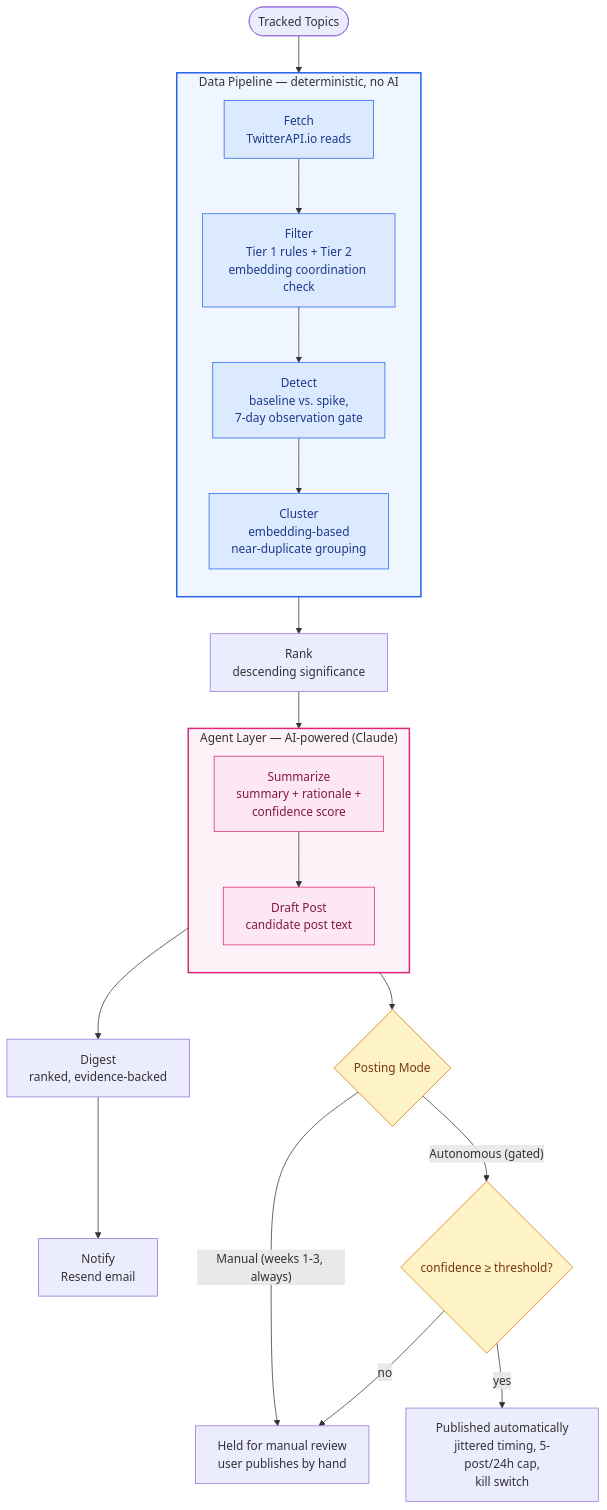
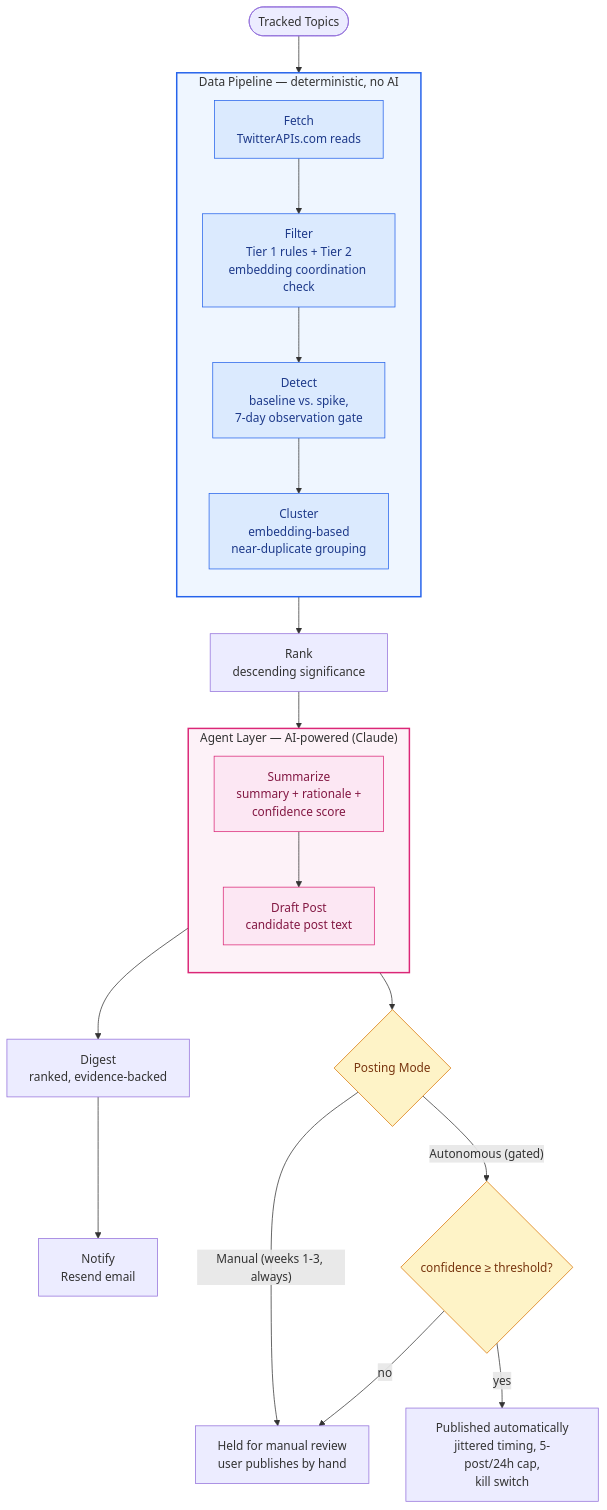
The diagram in README.md (Bardiyashavandi/x-hype-finder), drawn with Mermaid before and after one commit. The commit also changed other lines of this file, not shown here.

Commit message:
docs: comprehensive README rewrite (About, Architecture, Built With, Cost Model, Roadmap, and more)

````diff
--- a/README.md
+++ b/README.md
@@ -28,41 +55,41 @@
 ```mermaid
 graph TD
     Topics(["Tracked Topics"]) --> Fetch
 
     subgraph Pipeline["Data Pipeline — deterministic, no AI"]
         direction TB
-        Fetch["Fetch<br/>TwitterAPI.io reads"] --> Filter["Filter<br/>Tier 1 rules + Tier 2<br/>embedding coordination check"]
+        Fetch["Fetch<br/>TwitterAPIs.com reads"] --> Filter["Filter<br/>Tier 1 rules + Tier 2<br/>embedding coordination check"]
         Filter --> Detect["Detect<br/>baseline vs. spike,<br/>7-day observation gate"]
         Detect --> Cluster["Cluster<br/>embedding-based<br/>near-duplicate grouping"]
     end
 
     Cluster --> Rank["Rank<br/>descending significance"]
 
     subgraph AgentLayer["Agent Layer — AI-powered (Claude)"]
         direction TB
         Summarize["Summarize<br/>summary + rationale +<br/>confidence score"]
         DraftPost["Draft Post<br/>candidate post text"]
         Summarize --> DraftPost
     end
 
     Rank --> Summarize
 
     DraftPost --> Digest["Digest<br/>ranked, evidence-backed"]
     Digest --> Notify["Notify<br/>Resend email"]
 
     DraftPost --> Gate{"Posting Mode"}
     Gate -- "Manual (weeks 1-3, always)" --> Manual["Held for manual review<br/>user publishes by hand"]
     Gate -- "Autonomous (gated)" --> Threshold{"confidence ≥ threshold?"}
     Threshold -- "yes" --> AutoPost["Published automatically<br/>jittered timing, 5-post/24h cap,<br/>kill switch"]
     Threshold -- "no" --> Manual
 
     classDef pipelineNode fill:#dbeafe,stroke:#2563eb,color:#1e3a8a,stroke-width:1px
     classDef agentNode fill:#fce7f3,stroke:#db2777,color:#831843,stroke-width:1px
     classDef gateNode fill:#fef3c7,stroke:#d97706,color:#78350f,stroke-width:1px
     class Fetch,Filter,Detect,Cluster pipelineNode
     class Summarize,DraftPost agentNode
     class Gate,Threshold gateNode
 
     style Pipeline fill:#eff6ff,stroke:#2563eb,stroke-width:2px
     style AgentLayer fill:#fdf2f8,stroke:#db2777,stroke-width:2px
 ```
````
